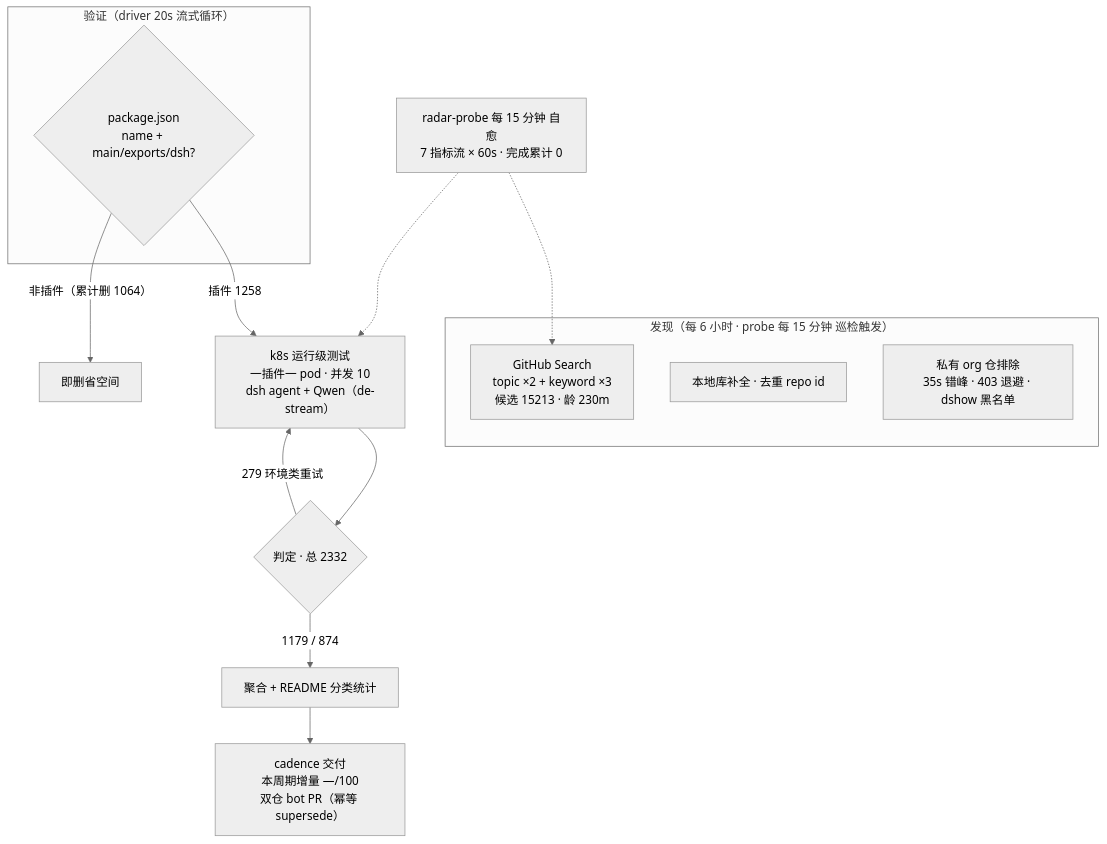
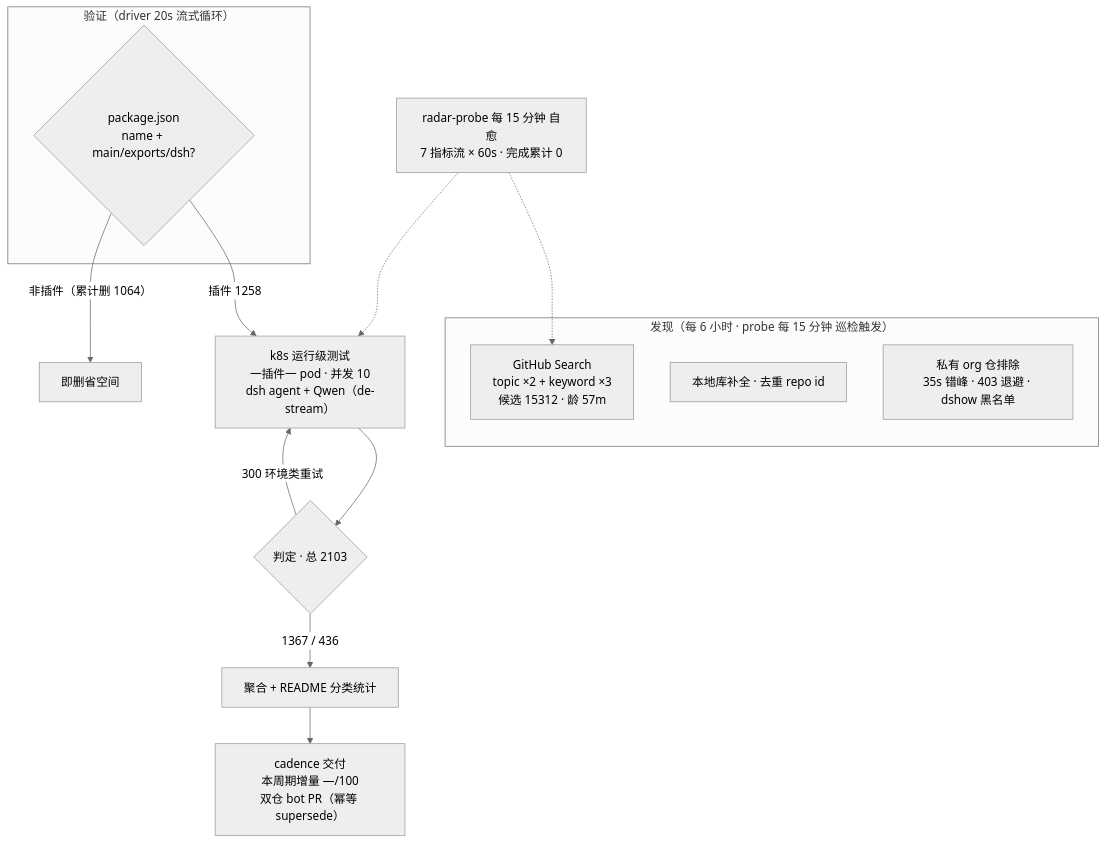
One commit to Zhidao-Lab-OSS/awesome-dsh-plugins changed the diagram in README.md. Above: the diagram before and after it, drawn with Mermaid (neutral theme). The commit also changed other lines of this file and 1 other file, not shown here.

````diff
--- a/README.md
+++ b/README.md
@@ -37,20 +37,20 @@
 ```mermaid
 flowchart TB
     subgraph Discovery["发现（每 6 小时 · probe 每 15 分钟 巡检触发）"]
-        A1["GitHub Search<br/>topic ×2 + keyword ×3<br/>候选 15213 · 龄 230m"]
+        A1["GitHub Search<br/>topic ×2 + keyword ×3<br/>候选 15312 · 龄 57m"]
         A2["本地库补全 · 去重 repo id"]
         A3["私有 org 仓排除<br/>35s 错峰 · 403 退避 · dshow 黑名单"]
     end
     subgraph Validation["验证（driver 20s 流式循环）"]
         B1{"package.json<br/>name + main/exports/dsh?"}
     end
     B1 -->|"插件 1258"| C1["k8s 运行级测试<br/>一插件一 pod · 并发 10<br/>dsh agent + Qwen（de-stream）"]
     B1 -->|"非插件（累计删 1064）"| B3["即删省空间"]
-    C1 --> D1{"判定 · 总 2332"}
-    D1 -->|"1179 / 874"| E1["聚合 + README 分类统计"]
-    D1 -->|"279 环境类重试"| C1
+    C1 --> D1{"判定 · 总 2103"}
+    D1 -->|"1367 / 436"| E1["聚合 + README 分类统计"]
+    D1 -->|"300 环境类重试"| C1
     E1 --> E2["cadence 交付<br/>本周期增量 —/100<br/>双仓 bot PR（幂等 supersede）"]
     M["radar-probe 每 15 分钟 自愈<br/>7 指标流 × 60s · 完成累计 0"]
     M -.-> A1
     M -.-> C1
 ```
````
